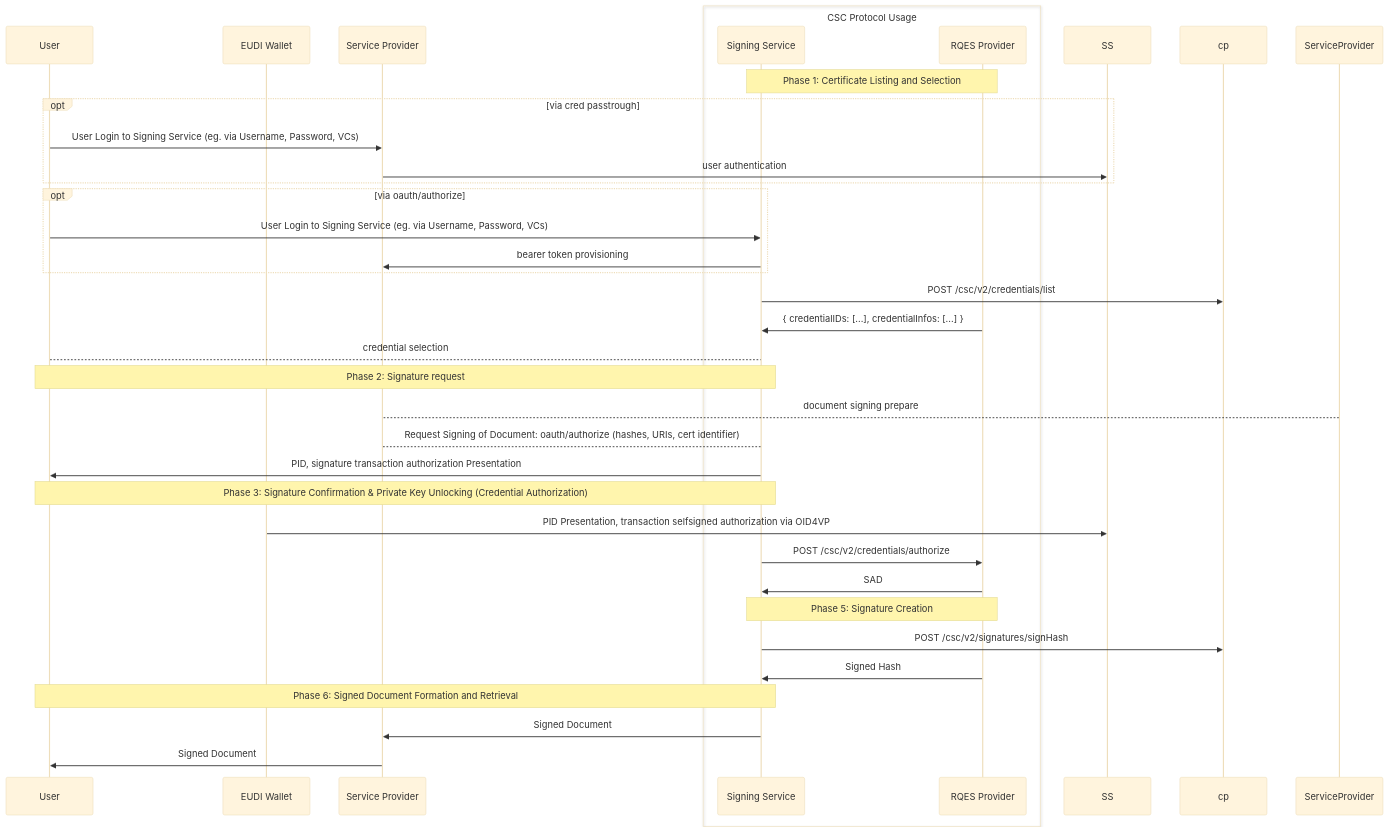
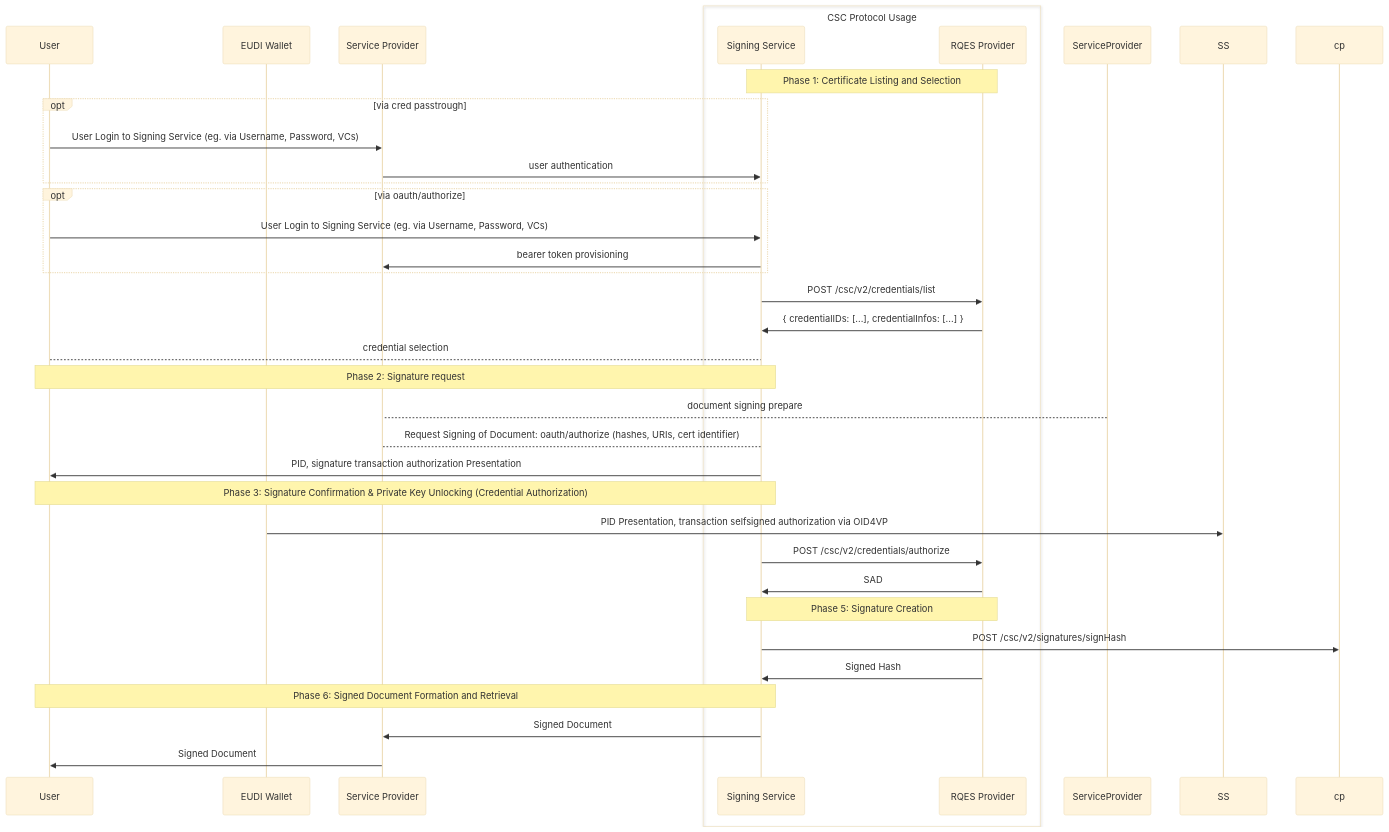
One commit to EWC-consortium/eudi-wallet-rfcs changed the diagram in leone/sign prop.md. Above: the diagram before and after it, drawn with Mermaid (base theme).

````diff
--- a/leone/sign prop.md
+++ b/leone/sign prop.md
@@ -1,49 +1,49 @@
 ```mermaid
    sequenceDiagram
     participant User
     participant EUDI Wallet
     participant Service Provider
     box CSC Protocol Usage
     participant Signing Service 
     participant RQES Provider
     end
 
     Note over Signing Service, RQES Provider: Phase 1: Certificate Listing and Selection
 
     opt via cred passtrough
     User->>Service Provider: User Login to Signing Service (eg. via Username, Password, VCs)
-    Service Provider->>SS: user authentication 
+    Service Provider->>Signing Service: user authentication 
     end 
     
     opt via oauth/authorize
     User->>Signing Service: User Login to Signing Service (eg. via Username, Password, VCs)
     Signing Service->>Service Provider: bearer token provisioning
     end 
     
-    Signing Service->>cp: POST /csc/v2/credentials/list
+    Signing Service->>RQES Provider: POST /csc/v2/credentials/list
     RQES Provider->>Signing Service: { credentialIDs: [...], credentialInfos: [...] }
     User-->Signing Service: credential selection
 
     Note over User, Signing Service: Phase 2: Signature request
     ServiceProvider-->Service Provider: document signing prepare
     Service Provider-->Signing Service: Request Signing of Document: oauth/authorize (hashes, URIs, cert identifier)
     Signing Service->>User: PID, signature transaction authorization Presentation
     
     Note over User, Signing Service: Phase 3: Signature Confirmation & Private Key Unlocking (Credential Authorization)
     EUDI Wallet->>SS: PID Presentation, transaction selfsigned authorization via OID4VP
     
     
     
     
     
     Signing Service->>RQES Provider: POST /csc/v2/credentials/authorize
     RQES Provider->>Signing Service: SAD
     
     Note over Signing Service, RQES Provider: Phase 5: Signature Creation
     Signing Service->>cp: POST /csc/v2/signatures/signHash
     RQES Provider->>Signing Service: Signed Hash
 
     Note over User, Signing Service: Phase 6: Signed Document Formation and Retrieval
     Signing Service->>Service Provider: Signed Document
     Service Provider->>User: Signed Document
 ```
````
